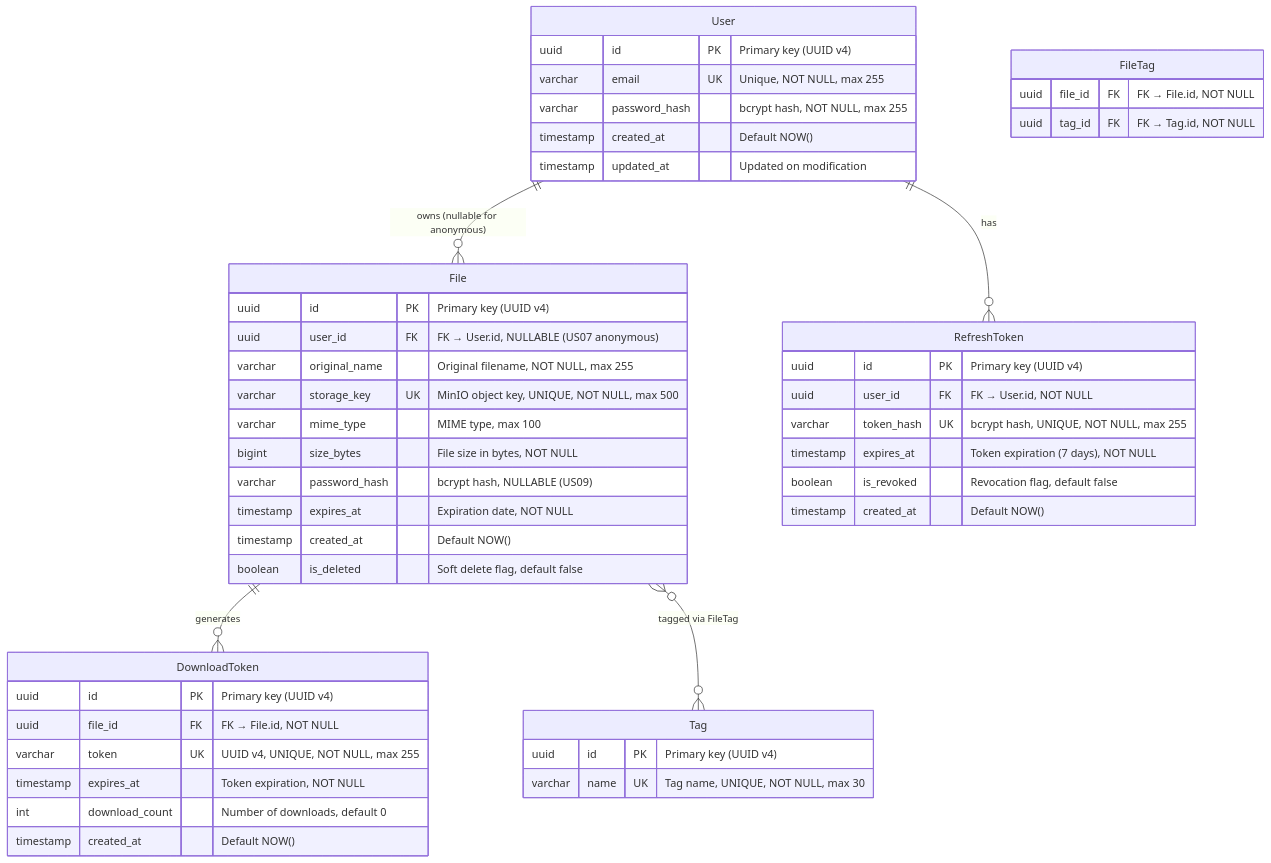
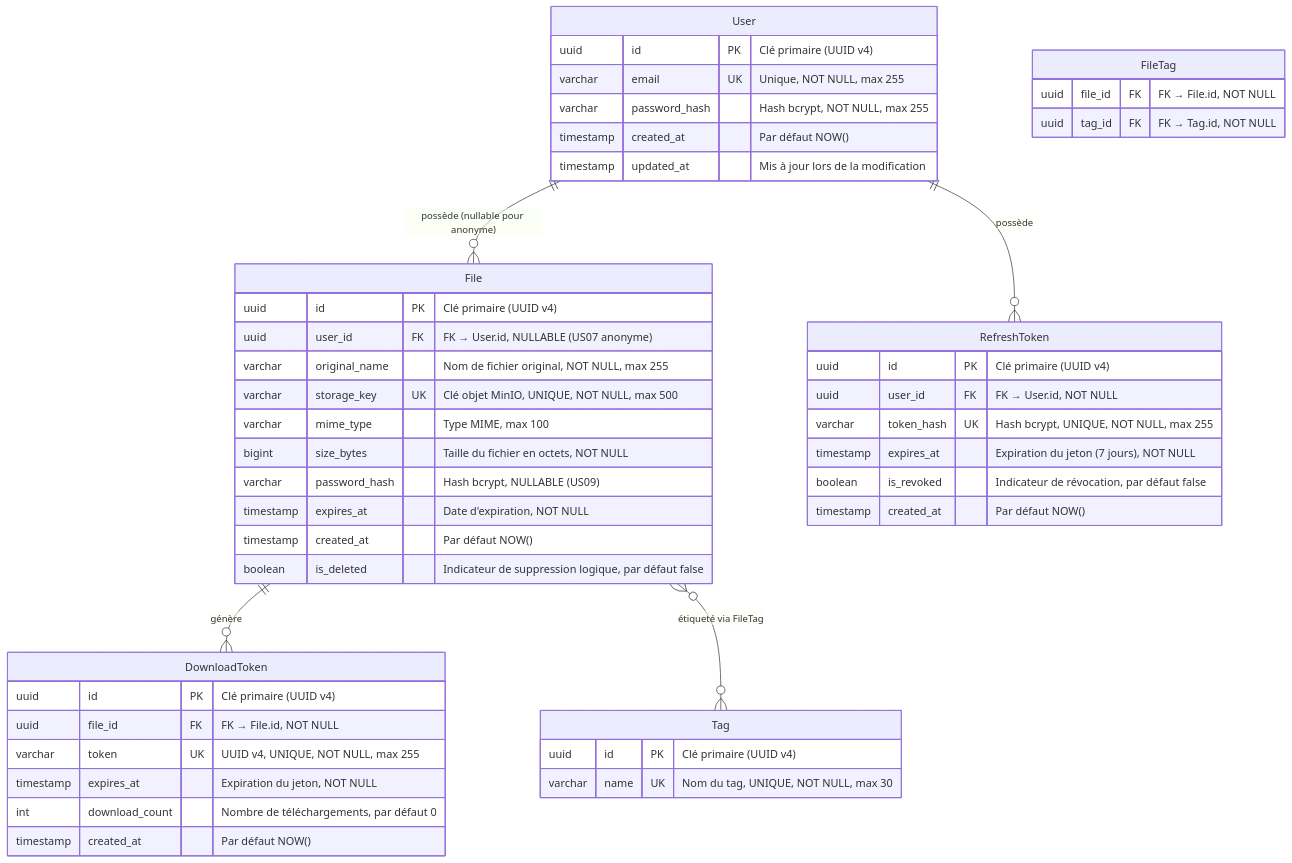
The diagram in docs/architecture/02-database-schema.md (OC-Expert-DevOps/P3-OC-software-development-management), drawn with Mermaid before and after one commit. The commit also changed other lines of this file and 21 other files, not shown here.

````diff
--- a/docs/architecture/02-database-schema.md
+++ b/docs/architecture/02-database-schema.md
@@ -5,56 +5,56 @@
 ```mermaid
 erDiagram
     User {
-        uuid id PK "Primary key (UUID v4)"
+        uuid id PK "Clé primaire (UUID v4)"
         varchar email UK "Unique, NOT NULL, max 255"
-        varchar password_hash "bcrypt hash, NOT NULL, max 255"
-        timestamp created_at "Default NOW()"
-        timestamp updated_at "Updated on modification"
+        varchar password_hash "Hash bcrypt, NOT NULL, max 255"
+        timestamp created_at "Par défaut NOW()"
+        timestamp updated_at "Mis à jour lors de la modification"
     }
 
     File {
-        uuid id PK "Primary key (UUID v4)"
-        uuid user_id FK "FK → User.id, NULLABLE (US07 anonymous)"
-        varchar original_name "Original filename, NOT NULL, max 255"
-        varchar storage_key UK "MinIO object key, UNIQUE, NOT NULL, max 500"
-        varchar mime_type "MIME type, max 100"
-        bigint size_bytes "File size in bytes, NOT NULL"
-        varchar password_hash "bcrypt hash, NULLABLE (US09)"
-        timestamp expires_at "Expiration date, NOT NULL"
-        timestamp created_at "Default NOW()"
-        boolean is_deleted "Soft delete flag, default false"
+        uuid id PK "Clé primaire (UUID v4)"
+        uuid user_id FK "FK → User.id, NULLABLE (US07 anonyme)"
+        varchar original_name "Nom de fichier original, NOT NULL, max 255"
+        varchar storage_key UK "Clé objet MinIO, UNIQUE, NOT NULL, max 500"
+        varchar mime_type "Type MIME, max 100"
+        bigint size_bytes "Taille du fichier en octets, NOT NULL"
+        varchar password_hash "Hash bcrypt, NULLABLE (US09)"
+        timestamp expires_at "Date d'expiration, NOT NULL"
+        timestamp created_at "Par défaut NOW()"
+        boolean is_deleted "Indicateur de suppression logique, par défaut false"
     }
 
     DownloadToken {
-        uuid id PK "Primary key (UUID v4)"
+        uuid id PK "Clé primaire (UUID v4)"
         uuid file_id FK "FK → File.id, NOT NULL"
         varchar token UK "UUID v4, UNIQUE, NOT NULL, max 255"
-        timestamp expires_at "Token expiration, NOT NULL"
-        int download_count "Number of downloads, default 0"
-        timestamp created_at "Default NOW()"
+        timestamp expires_at "Expiration du jeton, NOT NULL"
+        int download_count "Nombre de téléchargements, par défaut 0"
+        timestamp created_at "Par défaut NOW()"
     }
 
     RefreshToken {
-        uuid id PK "Primary key (UUID v4)"
+        uuid id PK "Clé primaire (UUID v4)"
         uuid user_id FK "FK → User.id, NOT NULL"
-        varchar token_hash UK "bcrypt hash, UNIQUE, NOT NULL, max 255"
-        timestamp expires_at "Token expiration (7 days), NOT NULL"
-        boolean is_revoked "Revocation flag, default false"
-        timestamp created_at "Default NOW()"
+        varchar token_hash UK "Hash bcrypt, UNIQUE, NOT NULL, max 255"
+        timestamp expires_at "Expiration du jeton (7 jours), NOT NULL"
+        boolean is_revoked "Indicateur de révocation, par défaut false"
+        timestamp created_at "Par défaut NOW()"
     }
 
     Tag {
-        uuid id PK "Primary key (UUID v4)"
-        varchar name UK "Tag name, UNIQUE, NOT NULL, max 30"
+        uuid id PK "Clé primaire (UUID v4)"
+        varchar name UK "Nom du tag, UNIQUE, NOT NULL, max 30"
     }
 
     FileTag {
         uuid file_id FK "FK → File.id, NOT NULL"
         uuid tag_id FK "FK → Tag.id, NOT NULL"
     }
 
-    User ||--o{ File : "owns (nullable for anonymous)"
-    User ||--o{ RefreshToken : "has"
-    File ||--o{ DownloadToken : "generates"
-    File }o--o{ Tag : "tagged via FileTag"
+    User ||--o{ File : "possède (nullable pour anonyme)"
+    User ||--o{ RefreshToken : "possède"
+    File ||--o{ DownloadToken : "génère"
+    File }o--o{ Tag : "étiqueté via FileTag"
 ```
````
